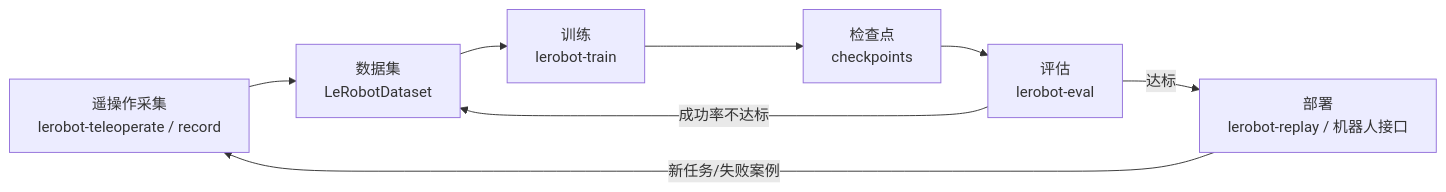
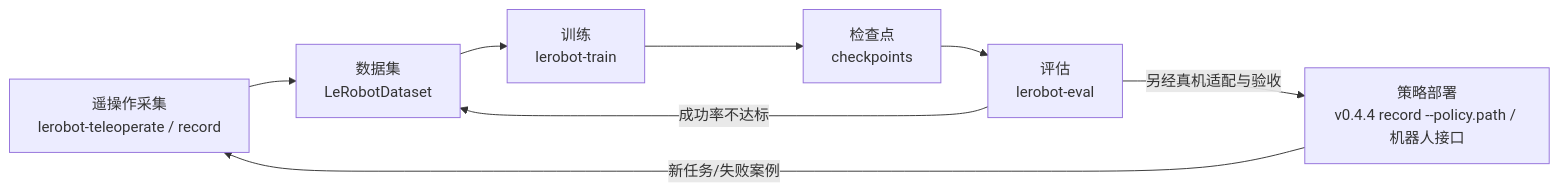
The diagram in 4. 具身智能/10.5 使用 LeRobot 实现操作策略的完整生命周期.md (AI-learning-simple/Build-Your-Own-LLM), drawn with Mermaid before and after one commit. The commit also changed other lines of this file and 88 other files, not shown here.

````diff
--- a/4. 具身智能/10.5 使用 LeRobot 实现操作策略的完整生命周期.md
+++ b/4. 具身智能/10.5 使用 LeRobot 实现操作策略的完整生命周期.md
@@ -158,10 +130,10 @@
 ```mermaid
 flowchart LR
     A["遥操作采集<br/>lerobot-teleoperate / record"] --> B["数据集<br/>LeRobotDataset"]
     B --> C["训练<br/>lerobot-train"]
     C --> D["检查点<br/>checkpoints"]
     D --> E["评估<br/>lerobot-eval"]
     E -->|"成功率不达标"| B
-    E -->|"达标"| F["部署<br/>lerobot-replay / 机器人接口"]
+    E -->|"另经真机适配与验收"| F["策略部署<br/>v0.4.4 record --policy.path / 机器人接口"]
     F -->|"新任务/失败案例"| A
 ```
````
